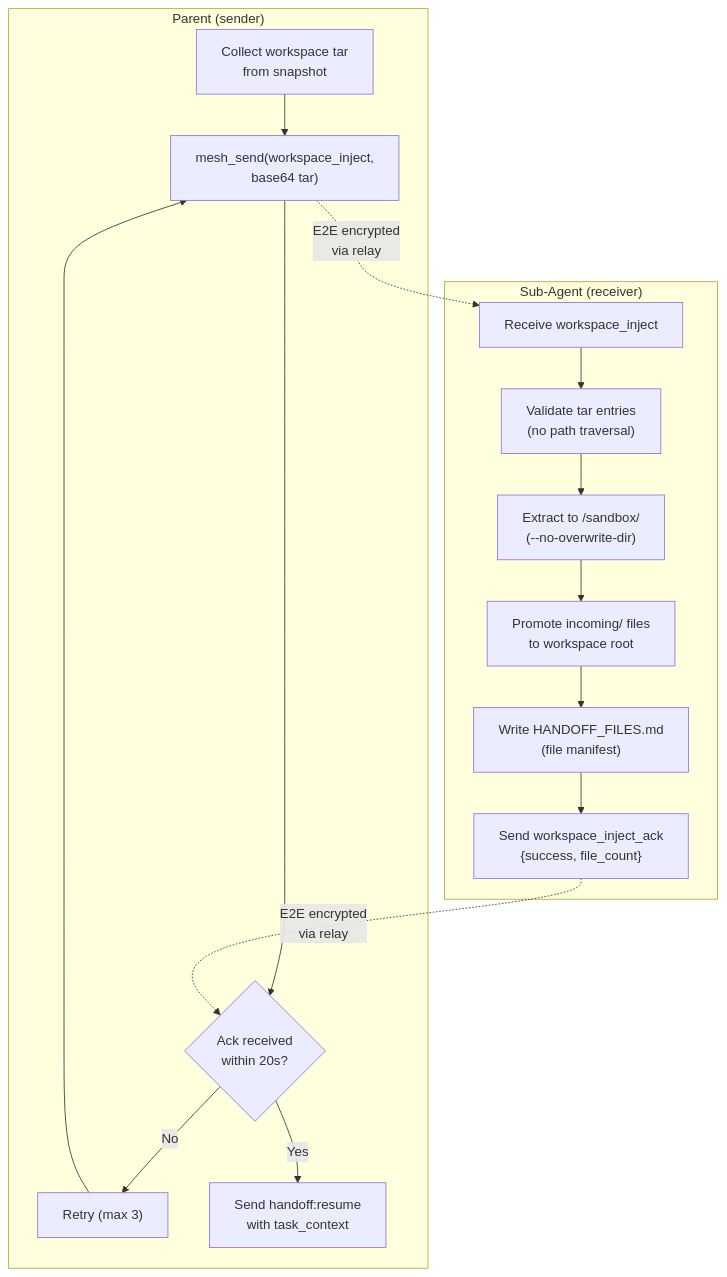
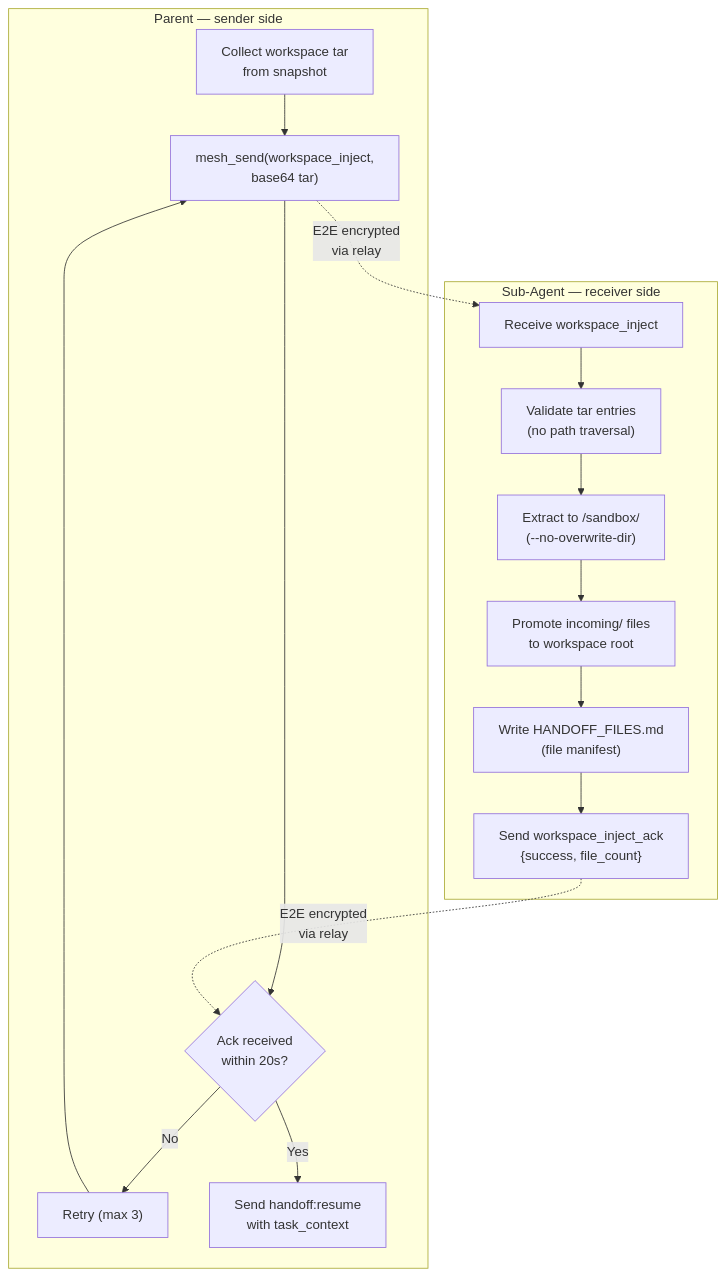
Diagram 25 of 25 in docs/architecture-diagrams.md (Azure/kars), drawn with Mermaid before and after one commit. The commit also changed other lines of this file, not shown here.

First line of the commit message:
docs: fix dark subgraph colors in handoff diagrams

````diff
--- a/docs/architecture-diagrams.md
+++ b/docs/architecture-diagrams.md
@@ -1177,21 +1178,22 @@
 ```mermaid
+%%{init: {'theme': 'default'}}%%
 graph TB
-    subgraph sender["Parent (sender)"]
+    subgraph sender["Parent — sender side"]
         S1["Collect workspace tar<br/>from snapshot"] --> S2["mesh_send(workspace_inject,<br/>base64 tar)"]
         S2 --> S3{"Ack received<br/>within 20s?"}
         S3 -->|No| S4["Retry (max 3)"]
         S4 --> S2
         S3 -->|Yes| S5["Send handoff:resume<br/>with task_context"]
     end
 
-    subgraph receiver["Sub-Agent (receiver)"]
+    subgraph receiver["Sub-Agent — receiver side"]
         R1["Receive workspace_inject"] --> R2["Validate tar entries<br/>(no path traversal)"]
         R2 --> R3["Extract to /sandbox/<br/>(--no-overwrite-dir)"]
         R3 --> R4["Promote incoming/ files<br/>to workspace root"]
         R4 --> R5["Write HANDOFF_FILES.md<br/>(file manifest)"]
         R5 --> R6["Send workspace_inject_ack<br/>{success, file_count}"]
     end
 
     S2 -.->|E2E encrypted<br/>via relay| R1
     R6 -.->|E2E encrypted<br/>via relay| S3
 ```
````
